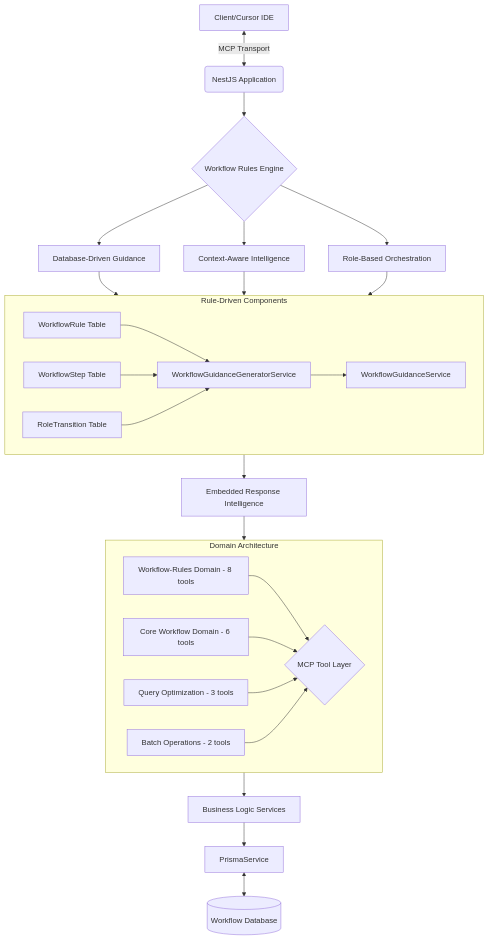
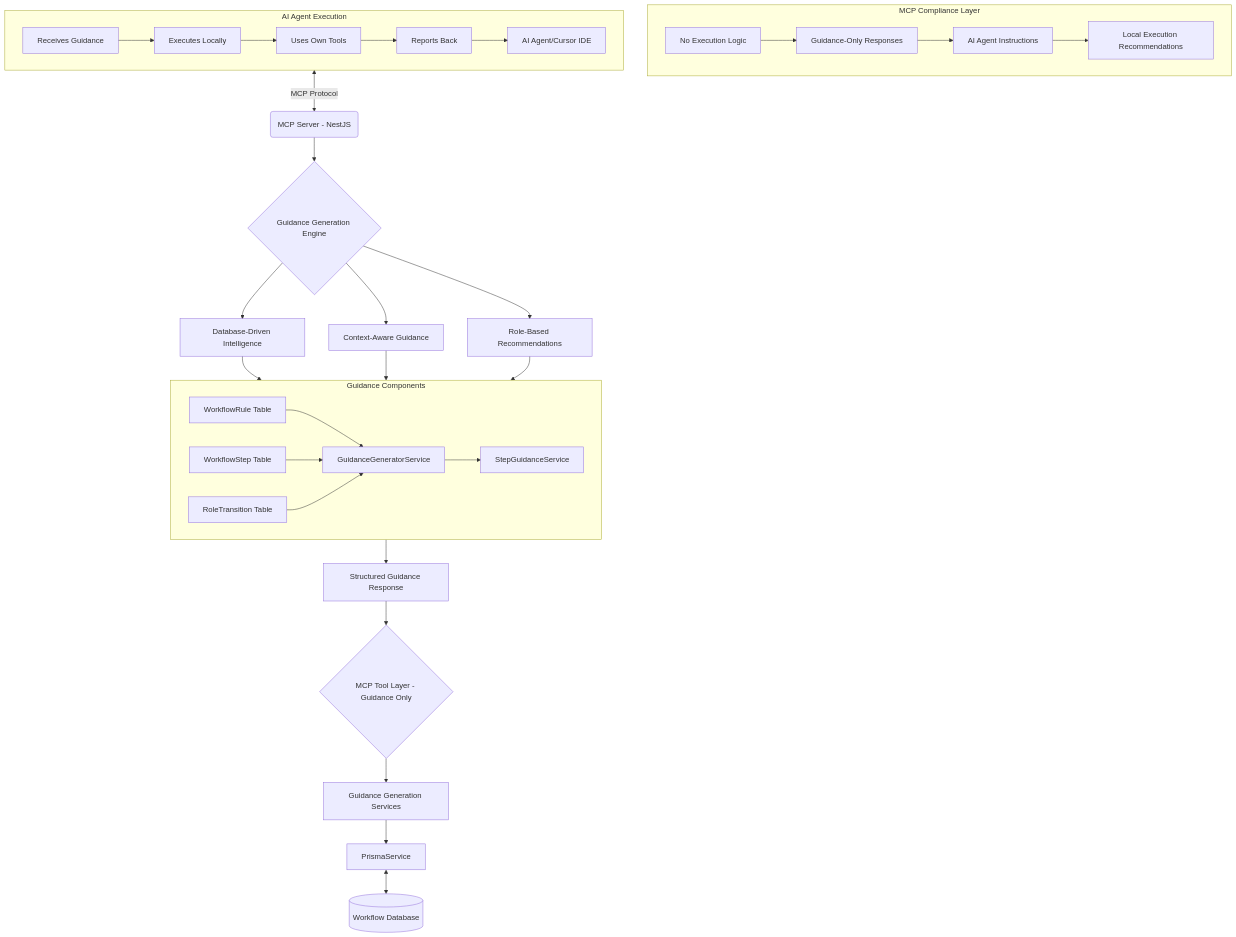
Before and after one commit to Hive-Academy/Workflow_Manager_MCP: the second of 2 diagrams in memory-bank/TechnicalArchitecture.md, drawn with Mermaid. The commit also changed other lines of this file and 48 other files, not shown here.

Commit message:
chore: prepare workspace for project onboarding system implementation - updated workflow rules, enhanced MCP services, added envelope builder utilities

````diff
--- a/memory-bank/TechnicalArchitecture.md
+++ b/memory-bank/TechnicalArchitecture.md
@@ -107,42 +145,53 @@
 ```mermaid
 graph TD
-    A[Client/Cursor IDE] <-->|MCP Transport| B(NestJS Application)
-    B --> C{Workflow Rules Engine}
-    C --> D[Database-Driven Guidance]
-    C --> E[Context-Aware Intelligence]
-    C --> F[Role-Based Orchestration]
+    A[AI Agent/Cursor IDE] <-->|MCP Protocol| B(MCP Server - NestJS)
+    B --> C{Guidance Generation Engine}
+    C --> D[Database-Driven Intelligence]
+    C --> E[Context-Aware Guidance]
+    C --> F[Role-Based Recommendations]
 
-    D --> G[WorkflowGuidanceService]
+    D --> G[StepGuidanceService]
     E --> G
     F --> G
 
-    G --> H[Embedded Response Intelligence]
-    H --> I{MCP Tool Layer}
-    I --> J[Business Logic Services]
+    G --> H[Structured Guidance Response]
+    H --> I{MCP Tool Layer - Guidance Only}
+    I --> J[Guidance Generation Services]
     J --> K[PrismaService]
     K <--> L[(Workflow Database)]
 
-    subgraph "Rule-Driven Components"
+    subgraph "MCP Compliance Layer"
         direction LR
-        M[WorkflowRule Table]
-        N[WorkflowStep Table]
-        O[RoleTransition Table]
-        P[WorkflowGuidanceGeneratorService]
-        M --> P
-        N --> P
+        M[No Execution Logic]
+        N[Guidance-Only Responses]
+        O[AI Agent Instructions]
+        P[Local Execution Recommendations]
+        M --> N
+        N --> O
         O --> P
-        P --> G
     end
 
-    subgraph "Domain Architecture"
+    subgraph "Guidance Components"
         direction LR
-        Q[Workflow-Rules Domain - 8 tools]
-        R[Core Workflow Domain - 6 tools]
-        S[Query Optimization - 3 tools]
-        T[Batch Operations - 2 tools]
-        Q --> I
-        R --> I
-        S --> I
-        T --> I
+        Q[WorkflowRule Table]
+        R[WorkflowStep Table]
+        S[RoleTransition Table]
+        T[GuidanceGeneratorService]
+        Q --> T
+        R --> T
+        S --> T
+        T --> G
+    end
+
+    subgraph "AI Agent Execution"
+        direction LR
+        U[Receives Guidance]
+        V[Executes Locally]
+        W[Uses Own Tools]
+        X[Reports Back]
+        U --> V
+        V --> W
+        W --> X
+        X --> A
     end
 ```
````
